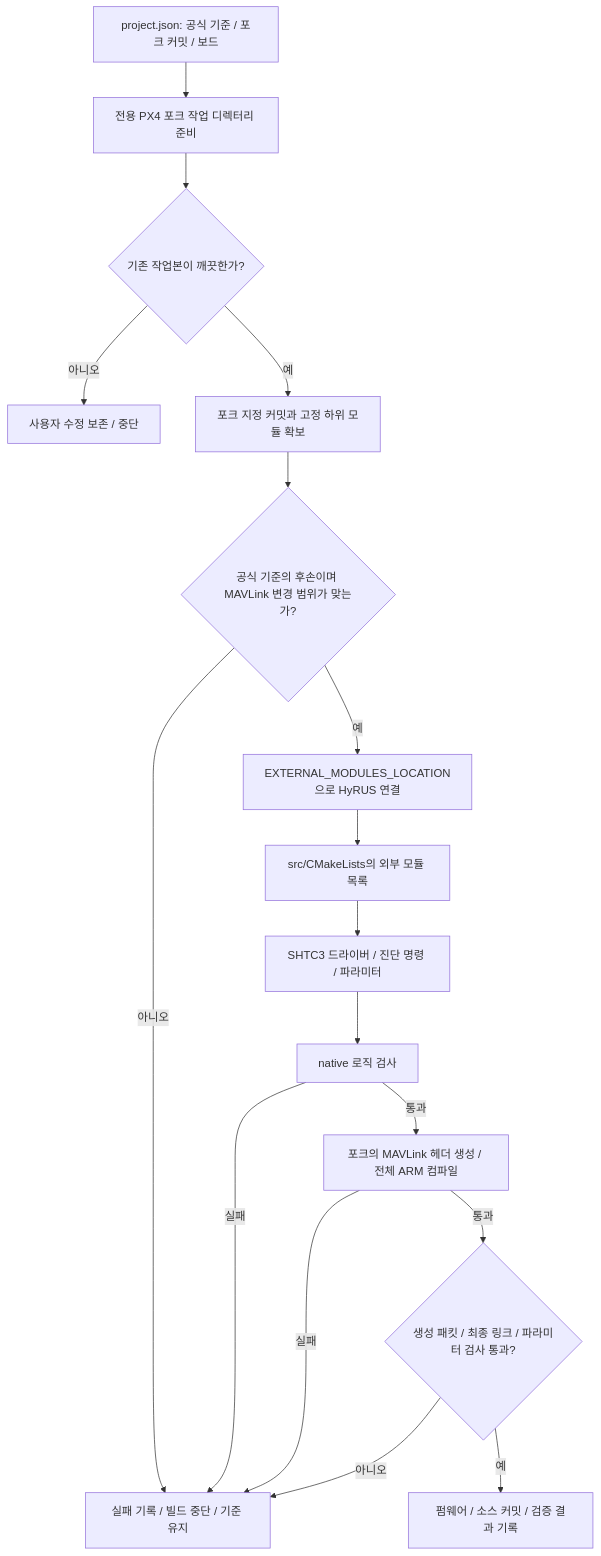
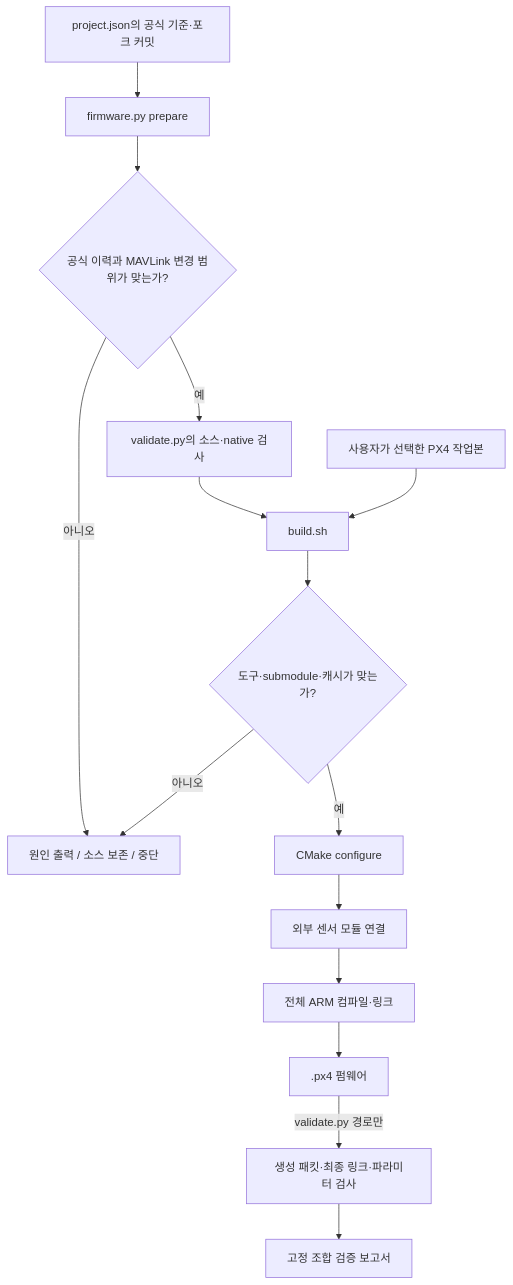
One commit to VIPSfef/HyRUS_EnvData_Px4 changed the first of 5 diagrams in docs/architecture.md. Above: the diagram before and after it, drawn with Mermaid. The commit also changed other lines of this file and 19 other files, not shown here.

Commit message:
Add direct CMake build and portable additive MAVLink integration

````diff
--- a/docs/architecture.md
+++ b/docs/architecture.md
@@ -21,19 +19,18 @@
-```mermaid
+~~~mermaid
 flowchart TD
-    C[project.json: 공식 기준 / 포크 커밋 / 보드] --> P[전용 PX4 포크 작업 디렉터리 준비]
-    P --> CLEAN{기존 작업본이 깨끗한가?}
-    CLEAN -->|아니오| KEEP[사용자 수정 보존 / 중단]
-    CLEAN -->|예| G[포크 지정 커밋과 고정 하위 모듈 확보]
-    G --> A{공식 기준의 후손이며 MAVLink 변경 범위가 맞는가?}
-    A -->|아니오| E[실패 기록 / 빌드 중단 / 기준 유지]
-    A -->|예| X[EXTERNAL_MODULES_LOCATION으로 HyRUS 연결]
-    X --> L[src/CMakeLists의 외부 모듈 목록]
-    L --> D[SHTC3 드라이버 / 진단 명령 / 파라미터]
-    D --> N[native 로직 검사]
-    N -->|실패| E
-    N -->|통과| M[포크의 MAVLink 헤더 생성 / 전체 ARM 컴파일]
-    M -->|실패| E
-    M -->|통과| T{생성 패킷 / 최종 링크 / 파라미터 검사 통과?}
-    T -->|아니오| E
-    T -->|예| F[펌웨어 / 소스 커밋 / 검증 결과 기록]
-```
+    D[사용자가 선택한 PX4 작업본] --> BS[build.sh]
+    BS --> PRE{도구·submodule·캐시가 맞는가?}
+    PRE -->|아니오| STOP[원인 출력 / 소스 보존 / 중단]
+    PRE -->|예| C[CMake configure]
+    C --> E[외부 센서 모듈 연결]
+    E --> ARM[전체 ARM 컴파일·링크]
+    ARM --> F[.px4 펌웨어]
+
+    P[project.json의 공식 기준·포크 커밋] --> PREP[firmware.py prepare]
+    PREP --> EXACT{공식 이력과 MAVLink 변경 범위가 맞는가?}
+    EXACT -->|아니오| STOP
+    EXACT -->|예| TEST[validate.py의 소스·native 검사]
+    TEST --> BS
+    F -->|validate.py 경로만| W[생성 패킷·최종 링크·파라미터 검사]
+    W --> REPORT[고정 조합 검증 보고서]
+~~~
````
